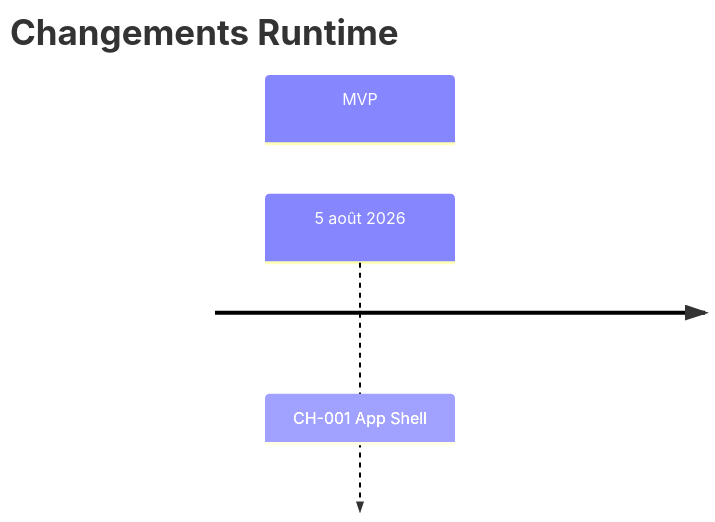
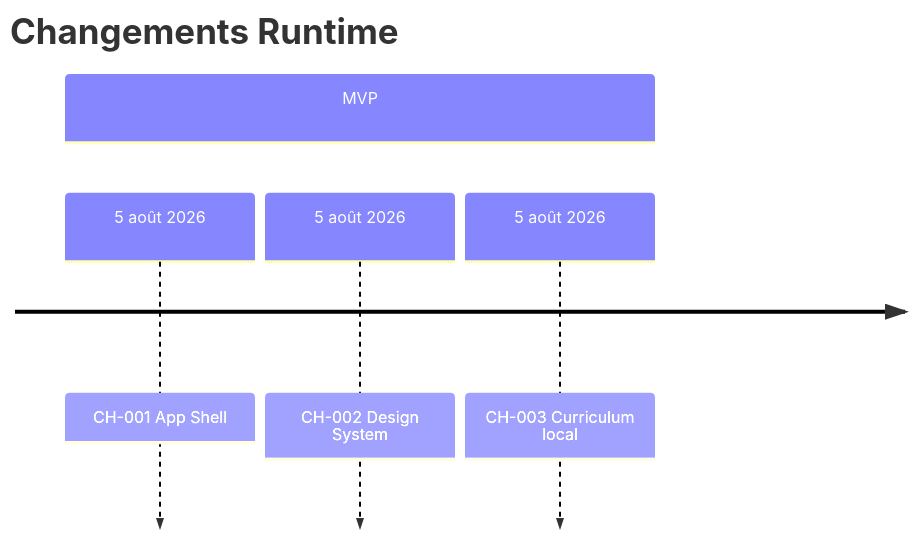
One commit to JavaChrist/Tai-Chi-AI-Coach changed the first of 5 diagrams in docs/runtime/17_CHANGE_HISTORY.md. Above: the diagram before and after it, drawn with Mermaid. The commit also changed other lines of this file and 59 other files, not shown here.

First line of the commit message:
feat(mvp): add design system and local curriculum library

````diff
--- a/docs/runtime/17_CHANGE_HISTORY.md
+++ b/docs/runtime/17_CHANGE_HISTORY.md
@@ -51,6 +53,8 @@
 ```mermaid
 timeline
   title Changements Runtime
   section MVP
     5 août 2026 : CH-001 App Shell
+    5 août 2026 : CH-002 Design System
+    5 août 2026 : CH-003 Curriculum local
 ```
````
